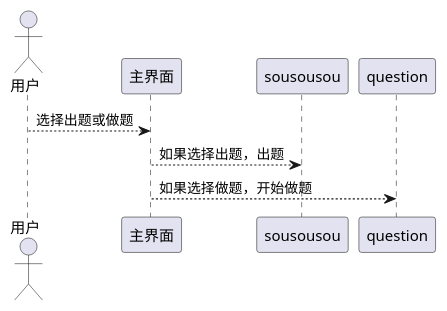
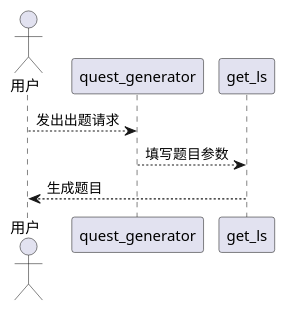
Before and after one commit to Skybluewater/QuestGeneratorWebsite: the diagram in uml/SousousouSequence.puml, drawn with PlantUML. The commit also changed 4 other files, not shown here.

Commit message:
重新画了uml顺序图

```diff
--- a/uml/SousousouSequence.puml
+++ b/uml/SousousouSequence.puml
@@ -1,6 +1,6 @@
 @startuml
 actor 用户
-用户 --> 主界面: 选择出题或做题
-主界面 --> sousousou: 如果选择出题，出题
-主界面 --> question: 如果选择做题，开始做题
+用户 --> quest_generator: 发出出题请求
+quest_generator --> get_ls: 填写题目参数
+get_ls --> 用户: 生成题目
 @enduml
```
